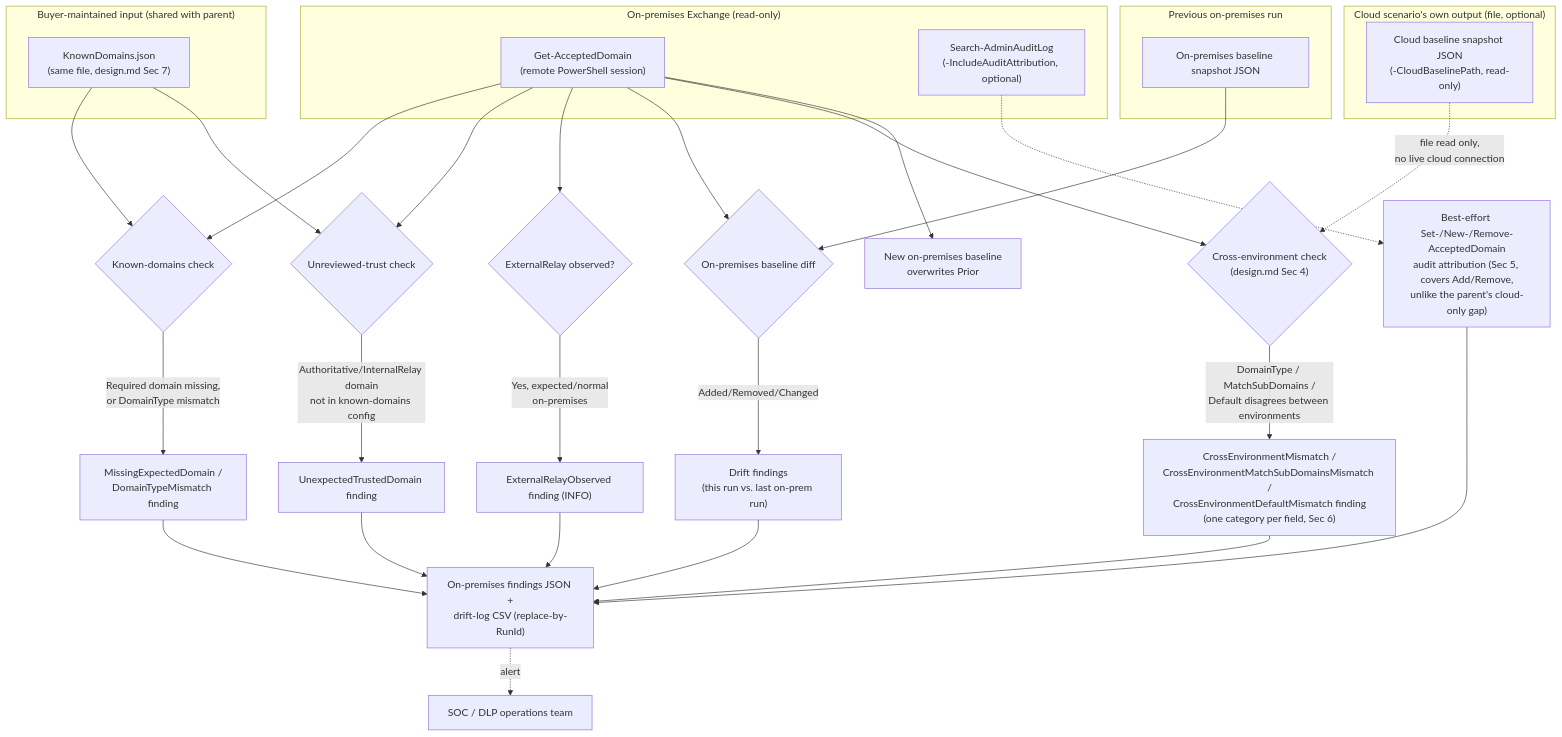
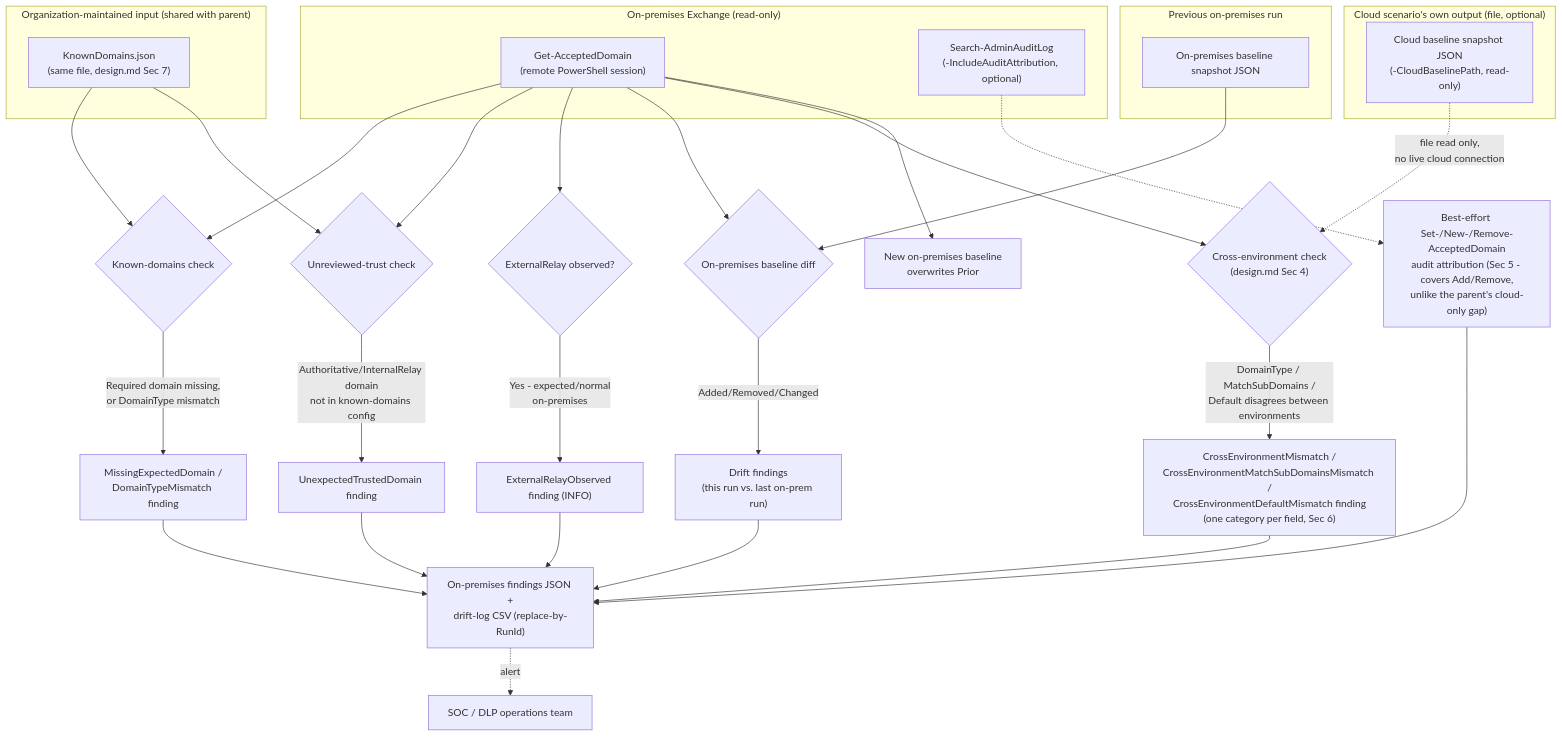
One commit to kpsec1/kpsec1.github.io changed the diagram in src/content/scenarios/dlp/accepted-domains-hygiene-check-on-premises.md. Above: the diagram before and after it, drawn with Mermaid. The commit also changed other lines of this file and 374 other files, not shown here.

````diff
--- a/src/content/scenarios/dlp/accepted-domains-hygiene-check-on-premises.md
+++ b/src/content/scenarios/dlp/accepted-domains-hygiene-check-on-premises.md
@@ -70,41 +70,41 @@
 ```mermaid
 flowchart TD
     subgraph OnPrem["On-premises Exchange (read-only)"]
         AD["Get-AcceptedDomain<br/>(remote PowerShell session)"]
         AAL["Search-AdminAuditLog<br/>(-IncludeAuditAttribution, optional)"]
     end
-    subgraph Config["Buyer-maintained input (shared with parent)"]
+    subgraph Config["Organization-maintained input (shared with parent)"]
         KD["KnownDomains.json<br/>(same file, design.md Sec 7)"]
     end
     subgraph Prior["Previous on-premises run"]
         BL["On-premises baseline snapshot JSON"]
     end
     subgraph CloudFile["Cloud scenario's own output (file, optional)"]
         CBL["Cloud baseline snapshot JSON<br/>(-CloudBaselinePath, read-only)"]
     end
 
     AD --> C1{"Known-domains check"}
     KD --> C1
     C1 -- "Required domain missing,<br/>or DomainType mismatch" --> F1["MissingExpectedDomain /<br/>DomainTypeMismatch finding"]
 
     AD --> C2{"Unreviewed-trust check"}
     KD --> C2
     C2 -- "Authoritative/InternalRelay domain<br/>not in known-domains config" --> F2[UnexpectedTrustedDomain finding]
 
     AD --> C3{ExternalRelay observed?}
-    C3 -- "Yes, expected/normal<br/>on-premises" --> F3["ExternalRelayObserved finding (INFO)"]
+    C3 -- "Yes - expected/normal<br/>on-premises" --> F3["ExternalRelayObserved finding (INFO)"]
 
     AD --> C4{"On-premises baseline diff"}
     BL --> C4
     C4 -- Added/Removed/Changed --> F4["Drift findings<br/>(this run vs. last on-prem run)"]
 
     AD --> C5{"Cross-environment check<br/>(design.md Sec 4)"}
     CBL -. "file read only,<br/>no live cloud connection" .-> C5
     C5 -- "DomainType / MatchSubDomains /<br/>Default disagrees between environments" --> F5["CrossEnvironmentMismatch /<br/>CrossEnvironmentMatchSubDomainsMismatch /<br/>CrossEnvironmentDefaultMismatch finding<br/>(one category per field, Sec 6)"]
 
-    AAL -.-> F6["Best-effort Set-/New-/Remove-AcceptedDomain<br/>audit attribution (Sec 5, covers Add/Remove,<br/>unlike the parent's cloud-only gap)"]
+    AAL -.-> F6["Best-effort Set-/New-/Remove-AcceptedDomain<br/>audit attribution (Sec 5 - covers Add/Remove,<br/>unlike the parent's cloud-only gap)"]
 
     F1 & F2 & F3 & F4 & F5 & F6 --> R["On-premises findings JSON +<br/>drift-log CSV (replace-by-RunId)"]
     AD --> BLNEW["New on-premises baseline<br/>overwrites Prior"]
     R -.alert.-> SOC["SOC / DLP operations team"]
 ```
````
